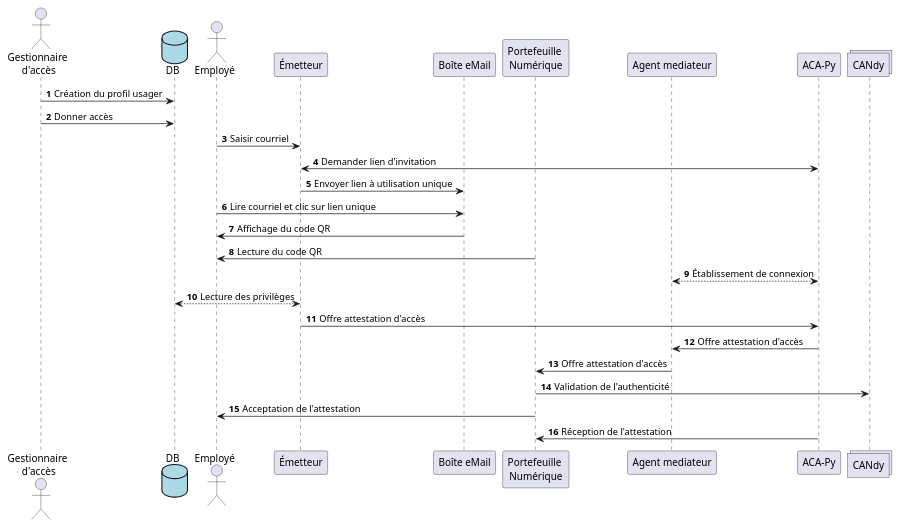
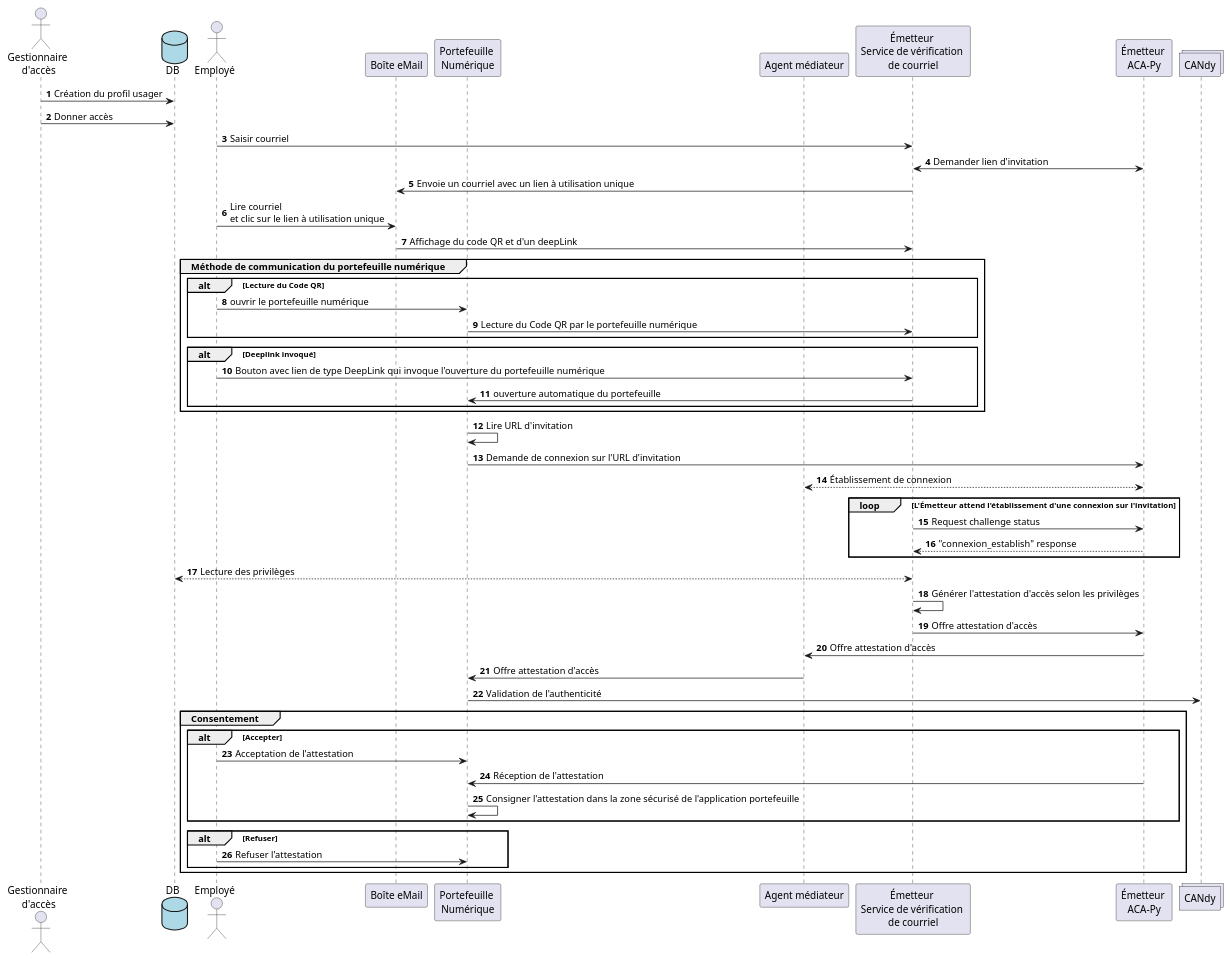
Before and after one commit to CQEN-QDCE/exp-attestation-emploie-acces: the diagram in doc/SchemaSeqEmetteur.puml, drawn with PlantUML.

Commit message:
Bonifier la séquence Émetteur

```diff
--- a/doc/SchemaSeqEmetteur.puml
+++ b/doc/SchemaSeqEmetteur.puml
@@ -1,37 +1,69 @@
 @startuml SchemaEmetteur
 autonumber
 
 '*************
 'Déclaration de participants
 '*************
 actor "Gestionnaire \nd'accès" as Gestionnaire
 database "DB" as DB #LightBlue
 actor Employé as Employee
-participant Émetteur as Emetteur
 participant "Boîte eMail" as Boite
-participant  "Portefeuille \nNumérique" as wallet    
-participant "Agent mediateur" as AM
-participant "ACA-Py" as ACAPY   
+participant  "Portefeuille \nNumérique" as Wallet
+participant "Agent médiateur" as AM
+participant "Émetteur \nService de vérification \nde courriel" as Emetteur
+participant "Émetteur \nACA-Py" as ACAPY   
 collections CANdy
+
 '**************
 'DÉFINITION DES LIENS
 '**************
 Gestionnaire -> DB : Création du profil usager
 Gestionnaire -> DB : Donner accès
 Employee -> Emetteur : Saisir courriel
 Emetteur <-> ACAPY : Demander lien d'invitation
 'Emetteur <-> DB : Vérification de l'accès
-Emetteur -> Boite : Envoyer lien à utilisation unique
-Employee -> Boite : Lire courriel et clic sur lien unique
-Boite -> Employee : Affichage du code QR
-wallet -> Employee : Lecture du code QR
+Emetteur -> Boite : Envoie un courriel avec un lien à utilisation unique
+Employee -> Boite : Lire courriel \net clic sur le lien à utilisation unique
+Boite -> Emetteur : Affichage du code QR et d'un deepLink
+
+group Méthode de communication du portefeuille numérique
+    alt Lecture du Code QR
+        Employee -> Wallet : ouvrir le portefeuille numérique
+        Wallet -> Emetteur : Lecture du Code QR par le portefeuille numérique
+    end
+
+    alt Deeplink invoqué
+        Employee -> Emetteur : Bouton avec lien de type DeepLink qui invoque l'ouverture du portefeuille numérique
+        Emetteur -> Wallet : ouverture automatique du portefeuille
+    end
+end
+Wallet -> Wallet : Lire URL d'invitation
+Wallet -> ACAPY : Demande de connexion sur l'URL d'invitation
 AM <--> ACAPY : Établissement de connexion
+
+loop L'Émetteur attend l'établissement d'une connexion sur l'invitation
+    Emetteur -> ACAPY : Request challenge status
+    ACAPY --> Emetteur : "connexion_establish" response
+    'ACAPY -> Emetteur : Webhook annonce une nouvelle demande d'attestation
+end
+
 Emetteur <--> DB : Lecture des privilèges
+Emetteur -> Emetteur : Générer l'attestation d'accès selon les privilèges
 Emetteur  -> ACAPY : Offre attestation d'accès
 AM <- ACAPY : Offre attestation d'accès
-AM -> wallet : Offre attestation d'accès
-CANdy <- wallet : Validation de l'authenticité
-wallet -> Employee : Acceptation de l'attestation
-ACAPY -> wallet : Réception de l'attestation
+AM -> Wallet : Offre attestation d'accès
+CANdy <- Wallet : Validation de l'authenticité
+
+group Consentement
+    alt Accepter
+        Wallet <- Employee : Acceptation de l'attestation
+        ACAPY -> Wallet : Réception de l'attestation
+        Wallet -> Wallet : Consigner l'attestation dans la zone sécurisé de l'application portefeuille
+    end
+
+    alt Refuser
+        Wallet <- Employee : Refuser l'attestation
+    end 
+end
 
 @enduml
```
